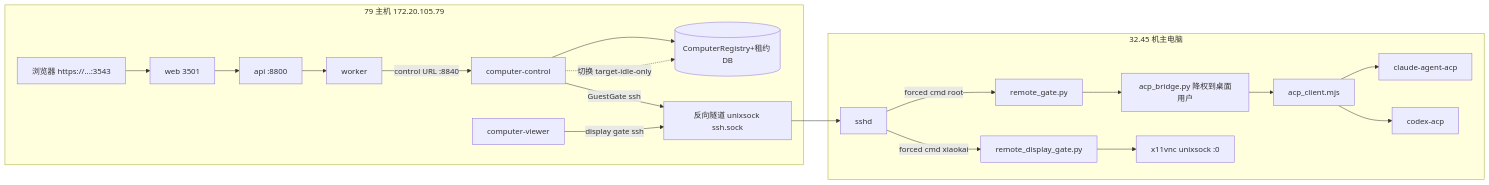
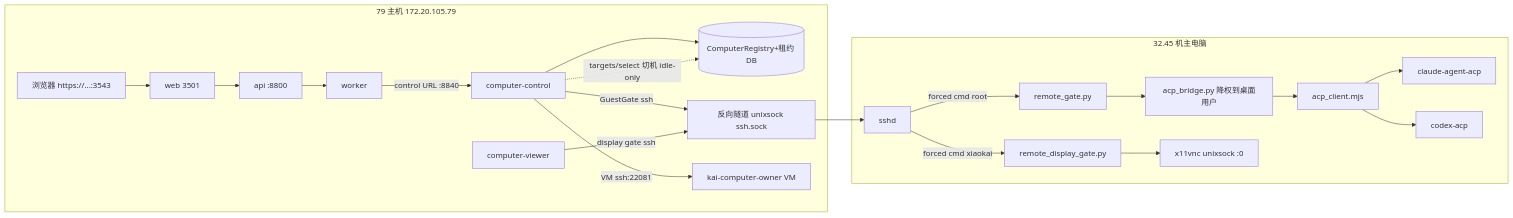
The diagram in docs/results/2026-11-05-kai-computer-demo.md (PrayforH/KAI), drawn with Mermaid before and after one commit. The commit also changed other lines of this file and 1 other file, not shown here.

Commit message:
docs: finalize the computer demo script with verified anchors

````diff
--- a/docs/results/2026-11-05-kai-computer-demo.md
+++ b/docs/results/2026-11-05-kai-computer-demo.md
@@ -137,23 +114,24 @@
 ```mermaid
 flowchart LR
   subgraph 79[79 主机 172.20.105.79]
     UA[浏览器 https://...:3543] --> WEB[web 3501]
     WEB --> API[api :8800]
     API --> WK[worker]
     WK -- control URL :8840 --> CTRL[computer-control]
     CTRL --> REG[(ComputerRegistry+租约 DB)]
     CTRL -- GuestGate ssh --> TUN
     VIEWER[computer-viewer] -- display gate ssh --> TUN
+    CTRL -- VM ssh:22081 --> VMC[kai-computer-owner VM]
   end
   subgraph 32[32.45 机主电脑]
     TUN[反向隧道 unixsock ssh.sock] --> SSHD[sshd]
     SSHD -- forced cmd root --> GATE[remote_gate.py]
     SSHD -- forced cmd xiaokai --> DGATE[remote_display_gate.py]
     GATE --> BR[acp_bridge.py 降权到桌面用户]
     BR --> NODE[acp_client.mjs]
     NODE --> CC[claude-agent-acp]
     NODE --> CX[codex-acp]
     DGATE --> VNC[x11vnc unixsock :0]
   end
-  CTRL -.切换 target-idle-only.-> REG
+  CTRL -. targets/select 切机 idle-only.-> REG
 ```
````
